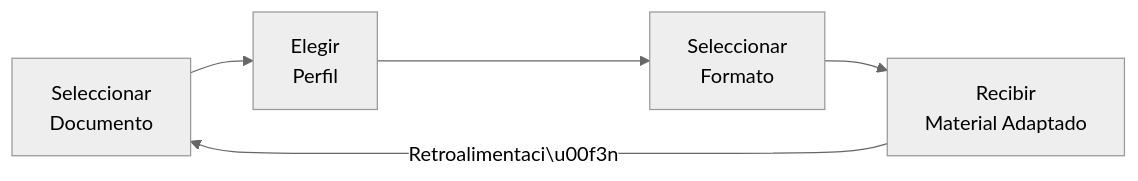
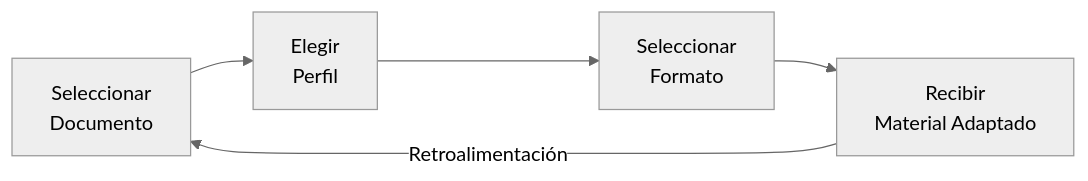
Before and after one commit to mmorfe-engineer/renaissance-html5-uvm-e2: the third of 4 diagrams in README.md, drawn with Mermaid (neutral theme). The commit also changed other lines of this file and 2 other files, not shown here.

````diff
--- a/README.md
+++ b/README.md
@@ -193,7 +193,7 @@
 ```mermaid
 flowchart LR
     A[Seleccionar\nDocumento] --> B[Elegir\nPerfil]
     B --> C[Seleccionar\nFormato]
     C --> D[Recibir\nMaterial Adaptado]
-    D -->|Retroalimentaci\u00f3n| A
+    D -->|Retroalimentación| A
 ```
````
